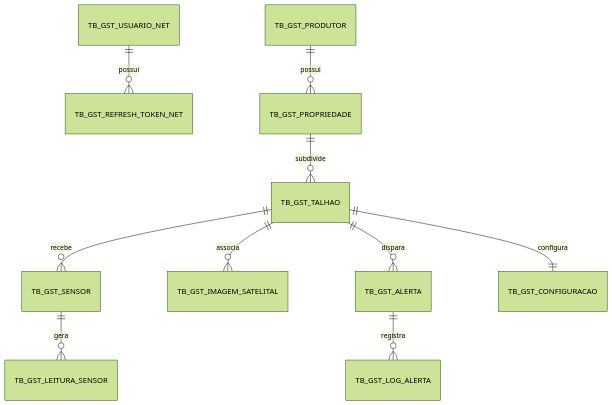
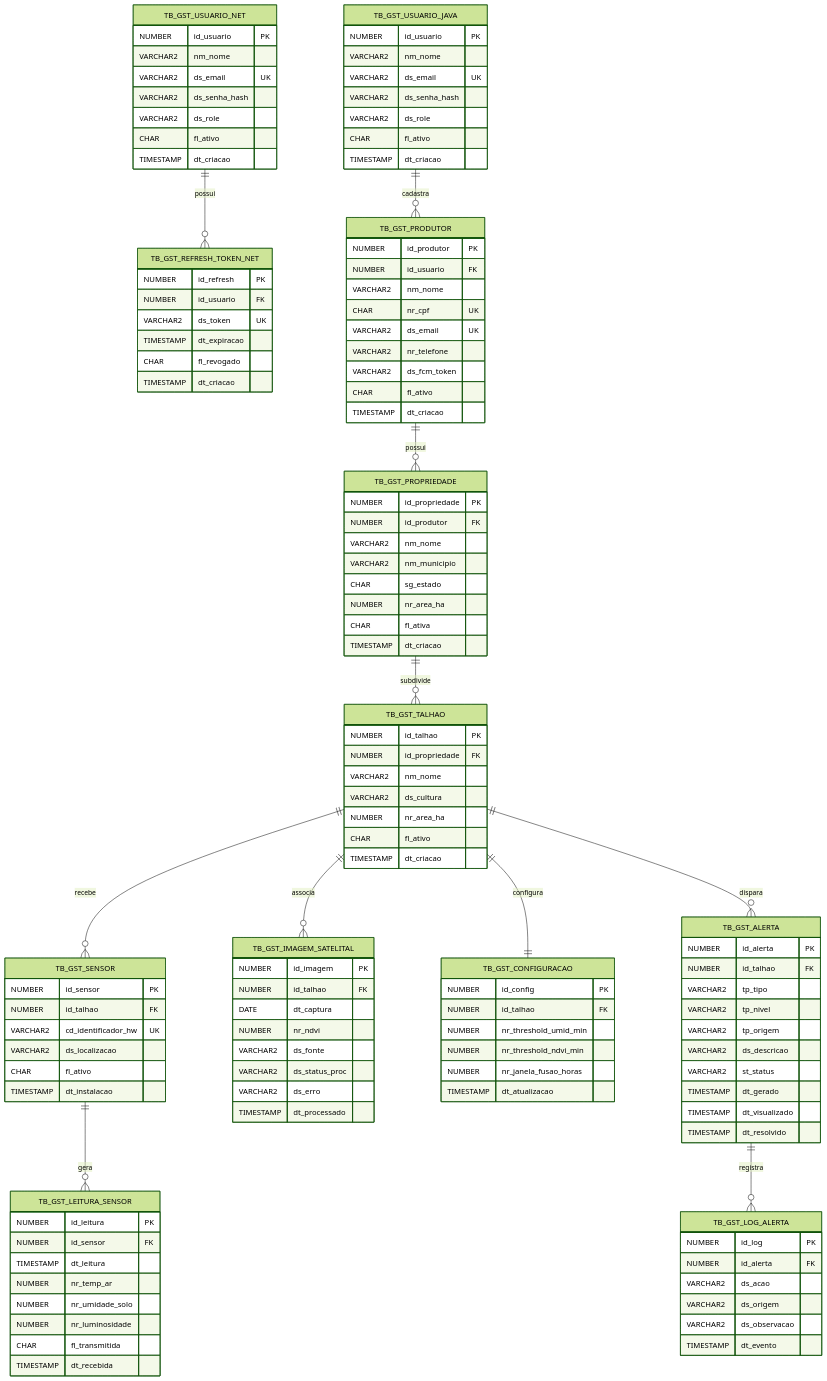
One commit to olavoneves/geosat-.net changed the diagram in README.md. Above: the diagram before and after it, drawn with Mermaid (forest theme). The commit also changed other lines of this file and 1 other file, not shown here.

Commit message:
docs: update README with full ERD, add .env and protect credentials

````diff
--- a/README.md
+++ b/README.md
@@ -23,12 +25,137 @@
 ```mermaid
 erDiagram
-    TB_GST_USUARIO_NET ||--o{ TB_GST_REFRESH_TOKEN_NET : "possui"
-    TB_GST_PRODUTOR ||--o{ TB_GST_PROPRIEDADE : "possui"
-    TB_GST_PROPRIEDADE ||--o{ TB_GST_TALHAO : "subdivide"
-    TB_GST_TALHAO ||--o{ TB_GST_SENSOR : "recebe"
-    TB_GST_TALHAO ||--o{ TB_GST_IMAGEM_SATELITAL : "associa"
-    TB_GST_TALHAO ||--o{ TB_GST_ALERTA : "dispara"
-    TB_GST_TALHAO ||--|| TB_GST_CONFIGURACAO : "configura"
-    TB_GST_SENSOR ||--o{ TB_GST_LEITURA_SENSOR : "gera"
-    TB_GST_ALERTA ||--o{ TB_GST_LOG_ALERTA : "registra"
+    TB_GST_USUARIO_NET {
+        NUMBER id_usuario PK
+        VARCHAR2 nm_nome
+        VARCHAR2 ds_email UK
+        VARCHAR2 ds_senha_hash
+        VARCHAR2 ds_role
+        CHAR fl_ativo
+        TIMESTAMP dt_criacao
+    }
+
+    TB_GST_REFRESH_TOKEN_NET {
+        NUMBER id_refresh PK
+        NUMBER id_usuario FK
+        VARCHAR2 ds_token UK
+        TIMESTAMP dt_expiracao
+        CHAR fl_revogado
+        TIMESTAMP dt_criacao
+    }
+
+    TB_GST_USUARIO_JAVA {
+        NUMBER id_usuario PK
+        VARCHAR2 nm_nome
+        VARCHAR2 ds_email UK
+        VARCHAR2 ds_senha_hash
+        VARCHAR2 ds_role
+        CHAR fl_ativo
+        TIMESTAMP dt_criacao
+    }
+
+    TB_GST_PRODUTOR {
+        NUMBER id_produtor PK
+        NUMBER id_usuario FK
+        VARCHAR2 nm_nome
+        CHAR nr_cpf UK
+        VARCHAR2 ds_email UK
+        VARCHAR2 nr_telefone
+        VARCHAR2 ds_fcm_token
+        CHAR fl_ativo
+        TIMESTAMP dt_criacao
+    }
+
+    TB_GST_PROPRIEDADE {
+        NUMBER id_propriedade PK
+        NUMBER id_produtor FK
+        VARCHAR2 nm_nome
+        VARCHAR2 nm_municipio
+        CHAR sg_estado
+        NUMBER nr_area_ha
+        CHAR fl_ativa
+        TIMESTAMP dt_criacao
+    }
+
+    TB_GST_TALHAO {
+        NUMBER id_talhao PK
+        NUMBER id_propriedade FK
+        VARCHAR2 nm_nome
+        VARCHAR2 ds_cultura
+        NUMBER nr_area_ha
+        CHAR fl_ativo
+        TIMESTAMP dt_criacao
+    }
+
+    TB_GST_SENSOR {
+        NUMBER id_sensor PK
+        NUMBER id_talhao FK
+        VARCHAR2 cd_identificador_hw UK
+        VARCHAR2 ds_localizacao
+        CHAR fl_ativo
+        TIMESTAMP dt_instalacao
+    }
+
+    TB_GST_LEITURA_SENSOR {
+        NUMBER id_leitura PK
+        NUMBER id_sensor FK
+        TIMESTAMP dt_leitura
+        NUMBER nr_temp_ar
+        NUMBER nr_umidade_solo
+        NUMBER nr_luminosidade
+        CHAR fl_transmitida
+        TIMESTAMP dt_recebida
+    }
+
+    TB_GST_IMAGEM_SATELITAL {
+        NUMBER id_imagem PK
+        NUMBER id_talhao FK
+        DATE dt_captura
+        NUMBER nr_ndvi
+        VARCHAR2 ds_fonte
+        VARCHAR2 ds_status_proc
+        VARCHAR2 ds_erro
+        TIMESTAMP dt_processado
+    }
+
+    TB_GST_CONFIGURACAO {
+        NUMBER id_config PK
+        NUMBER id_talhao FK
+        NUMBER nr_threshold_umid_min
+        NUMBER nr_threshold_ndvi_min
+        NUMBER nr_janela_fusao_horas
+        TIMESTAMP dt_atualizacao
+    }
+
+    TB_GST_ALERTA {
+        NUMBER id_alerta PK
+        NUMBER id_talhao FK
+        VARCHAR2 tp_tipo
+        VARCHAR2 tp_nivel
+        VARCHAR2 tp_origem
+        VARCHAR2 ds_descricao
+        VARCHAR2 st_status
+        TIMESTAMP dt_gerado
+        TIMESTAMP dt_visualizado
+        TIMESTAMP dt_resolvido
+    }
+
+    TB_GST_LOG_ALERTA {
+        NUMBER id_log PK
+        NUMBER id_alerta FK
+        VARCHAR2 ds_acao
+        VARCHAR2 ds_origem
+        VARCHAR2 ds_observacao
+        TIMESTAMP dt_evento
+    }
+
+    TB_GST_USUARIO_NET  ||--o{ TB_GST_REFRESH_TOKEN_NET : "possui"
+    TB_GST_USUARIO_JAVA ||--o{ TB_GST_PRODUTOR : "cadastra"
+    TB_GST_PRODUTOR     ||--o{ TB_GST_PROPRIEDADE : "possui"
+    TB_GST_PROPRIEDADE  ||--o{ TB_GST_TALHAO : "subdivide"
+    TB_GST_TALHAO       ||--o{ TB_GST_SENSOR : "recebe"
+    TB_GST_TALHAO       ||--o{ TB_GST_IMAGEM_SATELITAL : "associa"
+    TB_GST_TALHAO       ||--o{ TB_GST_ALERTA : "dispara"
+    TB_GST_TALHAO       ||--|| TB_GST_CONFIGURACAO : "configura"
+    TB_GST_SENSOR       ||--o{ TB_GST_LEITURA_SENSOR : "gera"
+    TB_GST_ALERTA       ||--o{ TB_GST_LOG_ALERTA : "registra"
 ```
````
